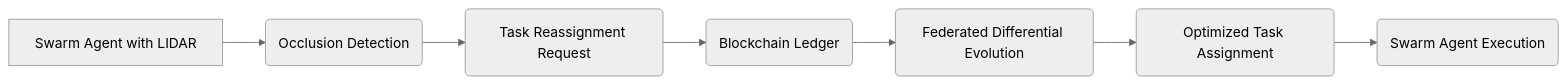
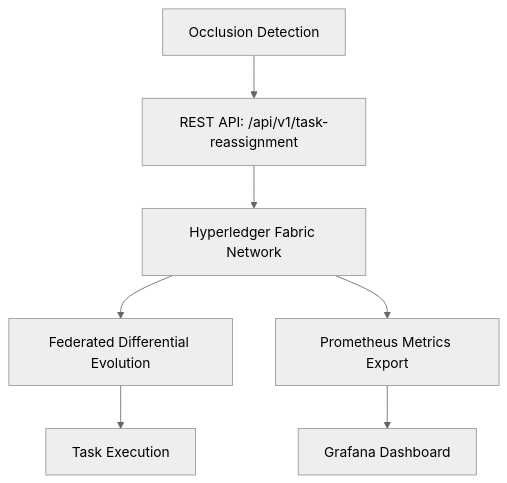
The diagram in inventions/inv_decentralized_occlusion_aware_blockchain_task_re_51311.md (shawnhvac/agentworld-prior-art), drawn with Mermaid (neutral theme) before and after one commit. The commit also changed other lines of this file and 267 other files, not shown here.

````diff
--- a/inventions/inv_decentralized_occlusion_aware_blockchain_task_re_51311.md
+++ b/inventions/inv_decentralized_occlusion_aware_blockchain_task_re_51311.md
@@ -47,9 +47,9 @@
 ```mermaid
-graph LR
-A[Swarm Agent with LIDAR] --> B(Occlusion Detection)
-B --> C(Task Reassignment Request)
-C --> D(Blockchain Ledger)
-D --> E(Federated Differential Evolution)
-E --> F(Optimized Task Assignment)
-F --> G(Swarm Agent Execution)
+graph TD
+A[Occlusion Detection] --> B[REST API: /api/v1/task-reassignment]
+B --> C[Hyperledger Fabric Network]
+C --> D[Federated Differential Evolution]
+D --> E[Task Execution]
+C --> F[Prometheus Metrics Export]
+F --> G[Grafana Dashboard]
 ```
````
